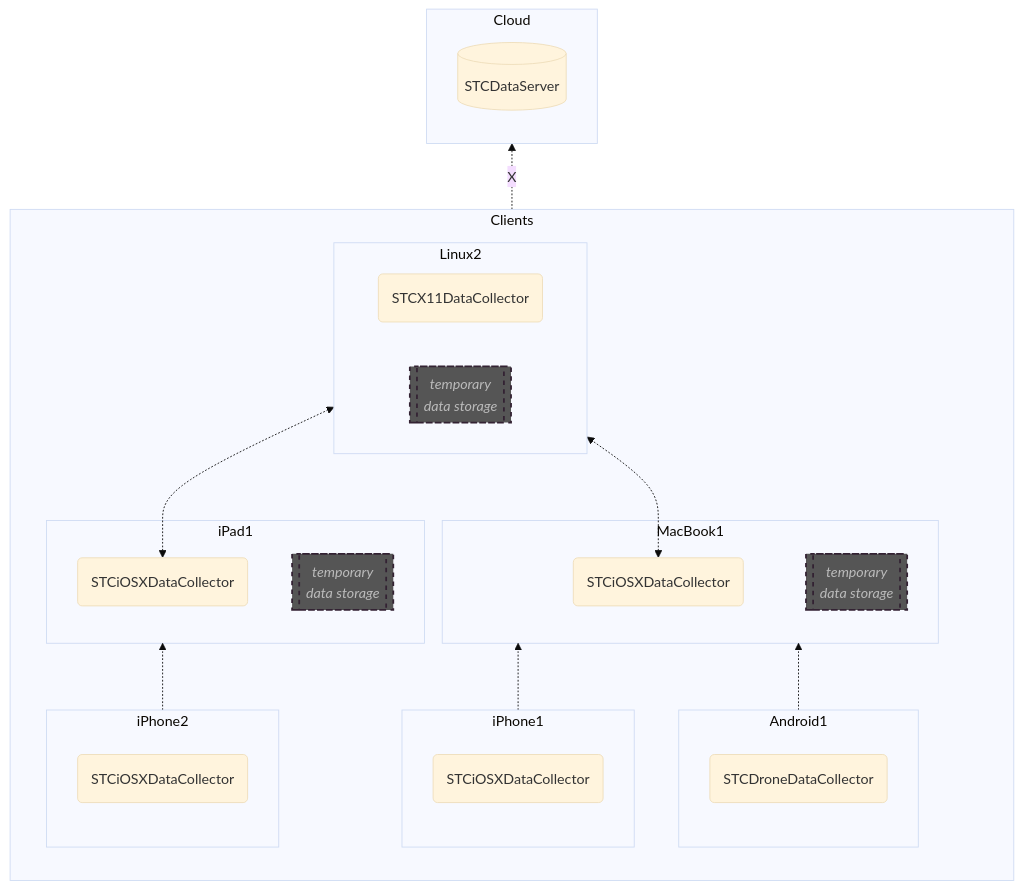
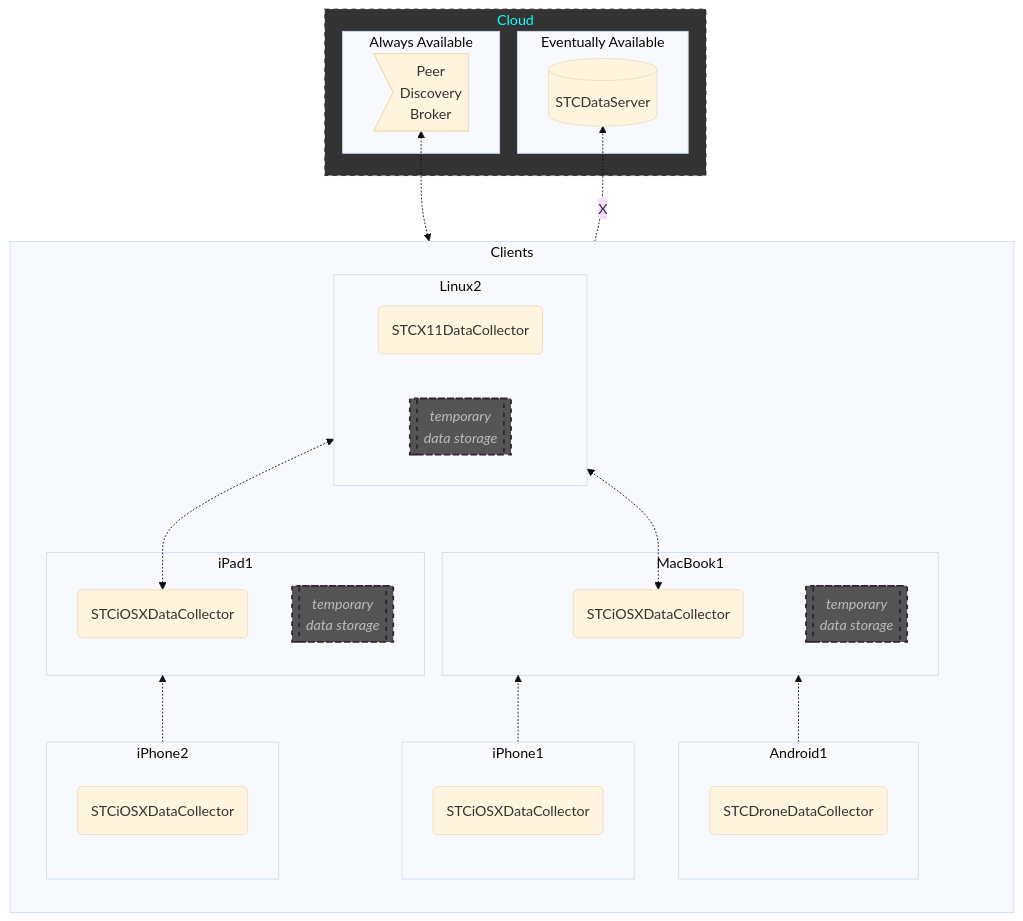
Before and after one commit to STCData/STCData: the diagram in docs/EventualAvailability.md, drawn with Mermaid (base theme).

````diff
--- a/docs/EventualAvailability.md
+++ b/docs/EventualAvailability.md
@@ -1,53 +1,59 @@
 ```mermaid
 
 
 flowchart BT
  subgraph Clients
   direction BT
   subgraph iPhone1
     c1(STCiOSXDataCollector)
   end
   
   subgraph iPhone2
     c4(STCiOSXDataCollector)
   end
   
   subgraph iPad1
     c5(STCiOSXDataCollector)
     db5[[<i>temporary\ndata storage</i>]]
   end
   
   subgraph MacBook1
     c2(STCiOSXDataCollector)
     db2[[<i>temporary\ndata storage</i>]]
   end
   
   subgraph Linux2
     direction LR
     c6(STCX11DataCollector)
     db6[[<i>temporary\ndata storage</i>]]
   end
   
   subgraph Android1
     c3(STCDroneDataCollector)
   end
   
   classDef db fill:#555,stroke:#323,stroke-width:2px,color:#bbb,stroke-dasharray: 5 5
   class db5,db2,db6 db
 
  end
  subgraph Cloud
+  subgraph Eventually Available
    sData[(STCDataServer)]
+  end
+  subgraph Always Available
+   broker>Peer\nDiscovery\nBroker]
+  end
  end
  
  classDef realm fill:#333,stroke:#323,stroke-width:1px,color:#1ff,stroke-dasharray: 5 5
 
  class Cloud,Clients realm
 
-    Clients -.->|X| Cloud
+    Clients -.->|X| sData
+    Clients <-.-> broker
     c5 <-.-> c6
     c2 <-.-> c6
     iPhone2 -.-> iPad1
     iPhone1 -.-> MacBook1
     Android1 -.-> MacBook1
 ```
````
